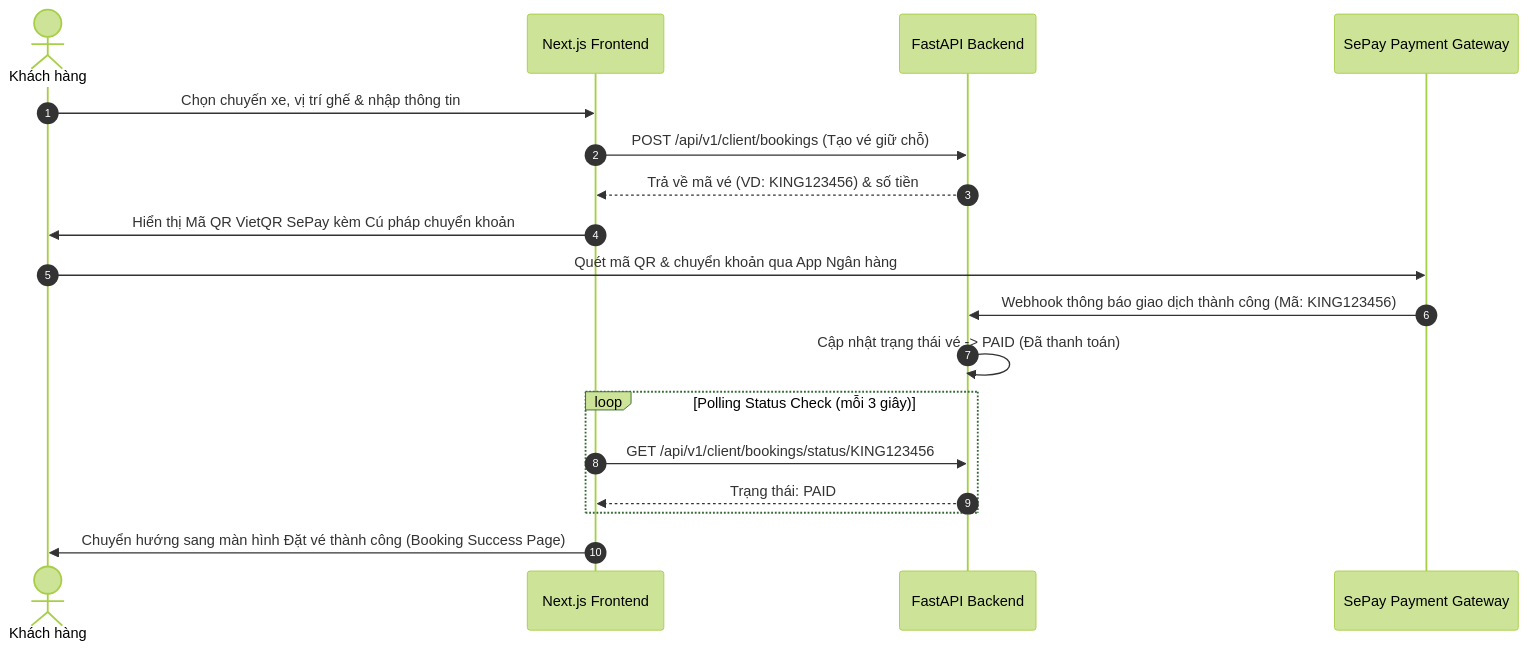
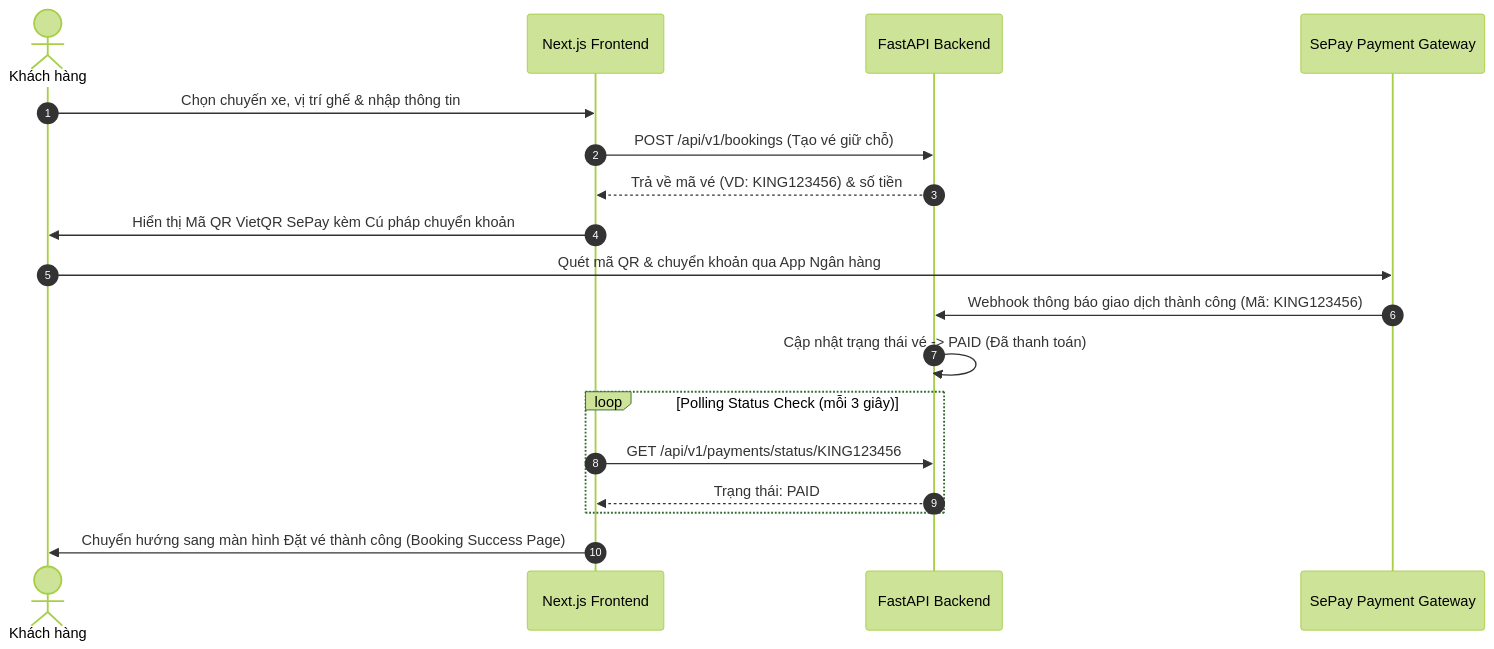
Before and after one commit to Deocomate/kingexpressbus-fe-nextjs: the third of 3 diagrams in docs/system-architecture.md, drawn with Mermaid (forest theme). The commit also changed 16 other files, not shown here.

````diff
--- a/docs/system-architecture.md
+++ b/docs/system-architecture.md
@@ -72,21 +72,21 @@
 ```mermaid
 sequenceDiagram
     autonumber
     actor Customer as Khách hàng
     participant FE as Next.js Frontend
     participant BE as FastAPI Backend
     participant SP as SePay Payment Gateway
 
     Customer->>FE: Chọn chuyến xe, vị trí ghế & nhập thông tin
-    FE->>BE: POST /api/v1/client/bookings (Tạo vé giữ chỗ)
+    FE->>BE: POST /api/v1/bookings (Tạo vé giữ chỗ)
     BE-->>FE: Trả về mã vé (VD: KING123456) & số tiền
     FE->>Customer: Hiển thị Mã QR VietQR SePay kèm Cú pháp chuyển khoản
     Customer->>SP: Quét mã QR & chuyển khoản qua App Ngân hàng
     SP->>BE: Webhook thông báo giao dịch thành công (Mã: KING123456)
     BE->>BE: Cập nhật trạng thái vé -> PAID (Đã thanh toán)
     loop Polling Status Check (mỗi 3 giây)
-        FE->>BE: GET /api/v1/client/bookings/status/KING123456
+        FE->>BE: GET /api/v1/payments/status/KING123456
         BE-->>FE: Trạng thái: PAID
     end
     FE->>Customer: Chuyển hướng sang màn hình Đặt vé thành công (Booking Success Page)
 ```
````
